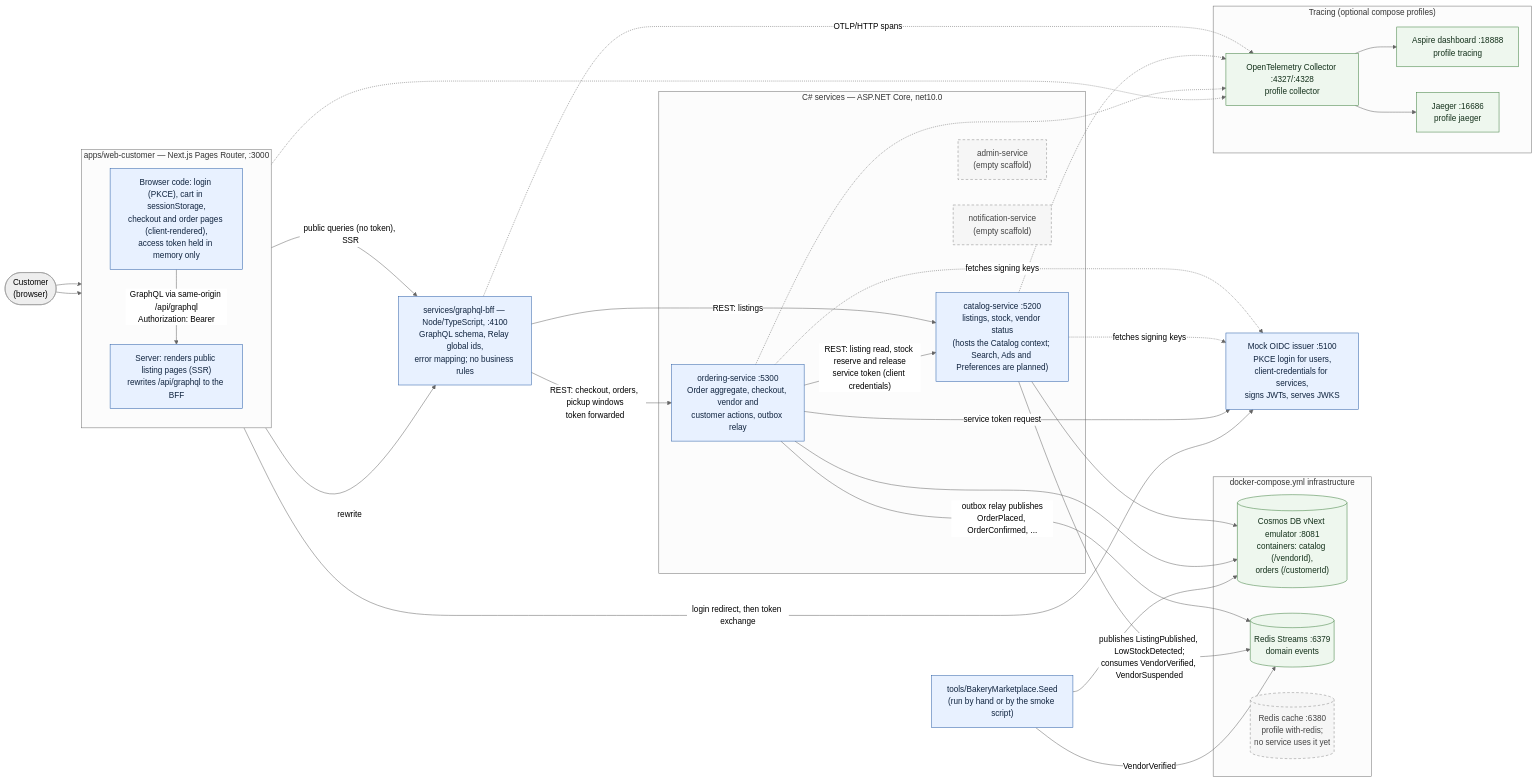
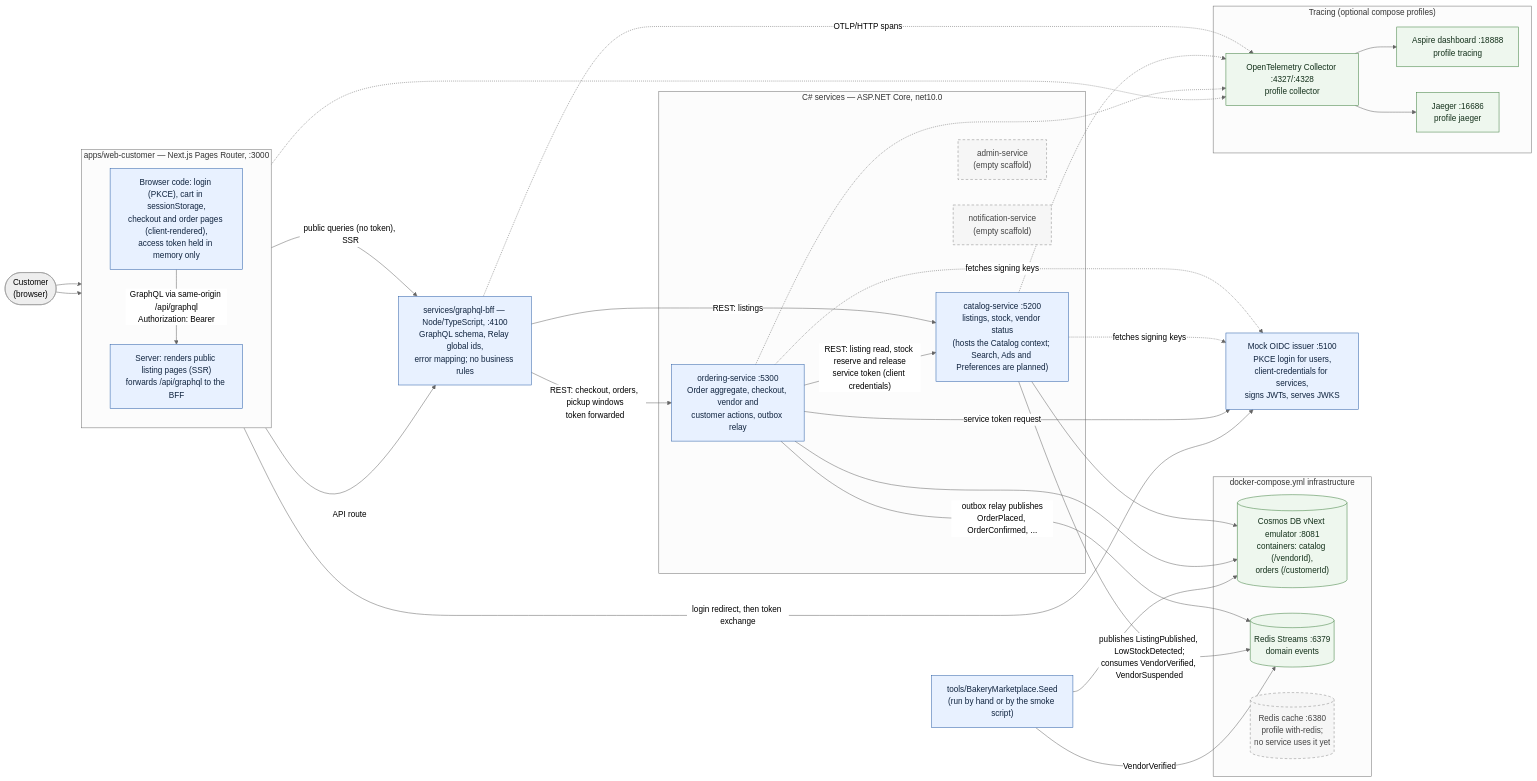
Before and after one commit to benjamin-hedrick/bakery-marketplace: the first of 2 diagrams in docs/architecture/c4/container.md, drawn with Mermaid (neutral theme). The commit also changed 17 other files, not shown here.

First line of the commit message:
Web app: /api/graphql is a run-time API route instead of a build-time rewrite, so one image serves every environment (WI-DEP-001, register item 101)

````diff
--- a/docs/architecture/c4/container.md
+++ b/docs/architecture/c4/container.md
@@ -11,68 +11,68 @@
 ```mermaid
 flowchart LR
     classDef built fill:#e8f1ff,stroke:#2b5fa8,color:#10243f
     classDef scaffold fill:#f6f6f6,stroke:#888,stroke-dasharray: 5 4,color:#444
     classDef infra fill:#eef7ee,stroke:#3f7f3f,color:#13301a
 
     USER(["Customer<br/>(browser)"])
 
     subgraph WEB["apps/web-customer — Next.js Pages Router, :3000"]
         direction TB
-        SSR["Server: renders public listing pages (SSR)<br/>rewrites /api/graphql to the BFF"]
+        SSR["Server: renders public listing pages (SSR)<br/>forwards /api/graphql to the BFF"]
         CSR["Browser code: login (PKCE), cart in sessionStorage,<br/>checkout and order pages (client-rendered),<br/>access token held in memory only"]
     end
 
     BFF["services/graphql-bff — Node/TypeScript, :4100<br/>GraphQL schema, Relay global ids,<br/>error mapping; no business rules"]
 
     subgraph SVC["C# services — ASP.NET Core, net10.0"]
         CAT["catalog-service :5200<br/>listings, stock, vendor status<br/>(hosts the Catalog context; Search, Ads and Preferences are planned)"]
         ORD["ordering-service :5300<br/>Order aggregate, checkout, vendor and<br/>customer actions, outbox relay"]
         ADM["admin-service<br/>(empty scaffold)"]
         NOT["notification-service<br/>(empty scaffold)"]
     end
 
     OIDC["Mock OIDC issuer :5100<br/>PKCE login for users,<br/>client-credentials for services,<br/>signs JWTs, serves JWKS"]
 
     subgraph STORES["docker-compose.yml infrastructure"]
         COSMOS[("Cosmos DB vNext emulator :8081<br/>containers: catalog (/vendorId),<br/>orders (/customerId)")]
         REDISEV[("Redis Streams :6379<br/>domain events")]
         REDISCACHE[("Redis cache :6380<br/>profile with-redis;<br/>no service uses it yet")]
     end
 
     subgraph OBS["Tracing (optional compose profiles)"]
         COLL["OpenTelemetry Collector :4327/:4328<br/>profile collector"]
         ASPIRE["Aspire dashboard :18888<br/>profile tracing"]
         JAEGER["Jaeger :16686<br/>profile jaeger"]
     end
 
     SEED["tools/BakeryMarketplace.Seed<br/>(run by hand or by the smoke script)"]
 
     USER --> SSR
     USER --> CSR
     CSR -->|"login redirect, then token exchange"| OIDC
     CSR -->|"GraphQL via same-origin /api/graphql<br/>Authorization: Bearer"| SSR
     SSR -->|"public queries (no token), SSR"| BFF
-    SSR -->|"rewrite"| BFF
+    SSR -->|"API route"| BFF
     BFF -->|"REST: listings"| CAT
     BFF -->|"REST: checkout, orders, pickup windows<br/>token forwarded"| ORD
     ORD -->|"REST: listing read, stock reserve and release<br/>service token (client credentials)"| CAT
     ORD -.->|"fetches signing keys"| OIDC
     CAT -.->|"fetches signing keys"| OIDC
     ORD -->|"service token request"| OIDC
     CAT --> COSMOS
     ORD --> COSMOS
     ORD -->|"outbox relay publishes<br/>OrderPlaced, OrderConfirmed, ..."| REDISEV
     CAT -->|"publishes ListingPublished, LowStockDetected;<br/>consumes VendorVerified, VendorSuspended"| REDISEV
     SEED --> COSMOS
     SEED -->|"VendorVerified"| REDISEV
     BFF -.->|"OTLP/HTTP spans"| COLL
     SSR -.-> COLL
     CAT -.-> COLL
     ORD -.-> COLL
     COLL --> ASPIRE
     COLL --> JAEGER
 
     class SSR,CSR,BFF,CAT,ORD,OIDC,SEED built
     class ADM,NOT,REDISCACHE scaffold
     class COSMOS,REDISEV,COLL,ASPIRE,JAEGER infra
 ```
````
